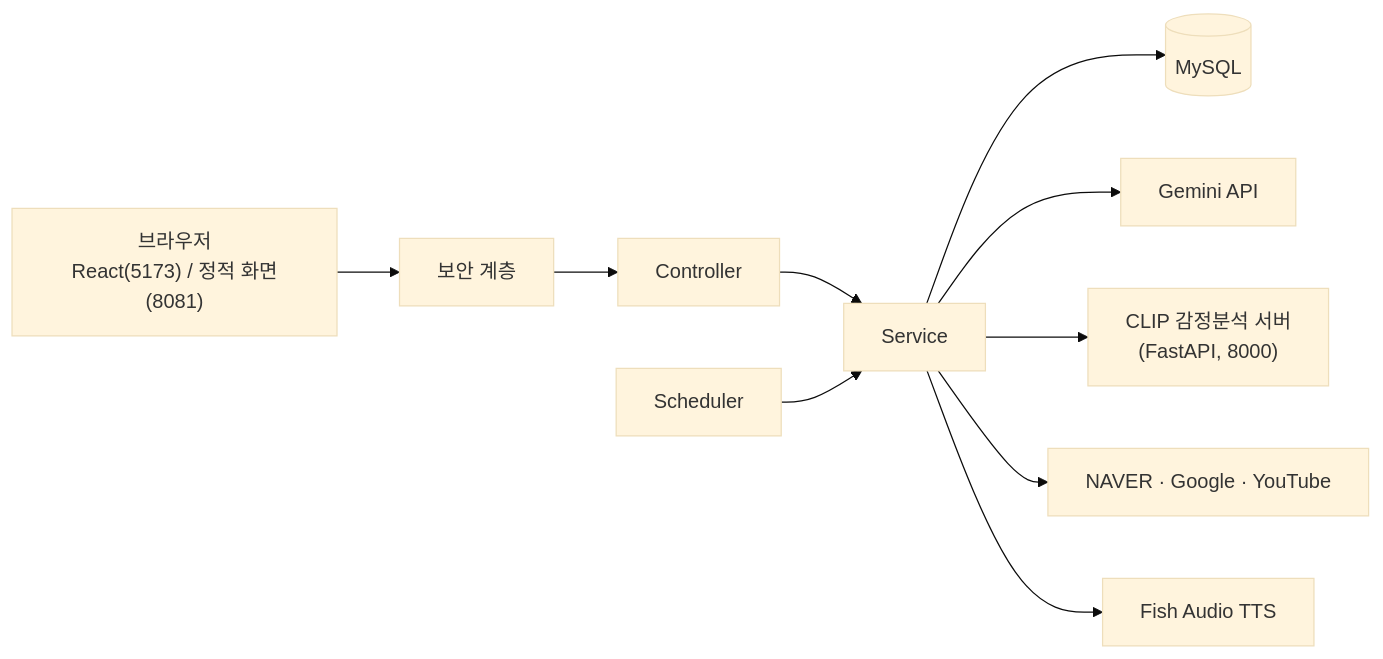
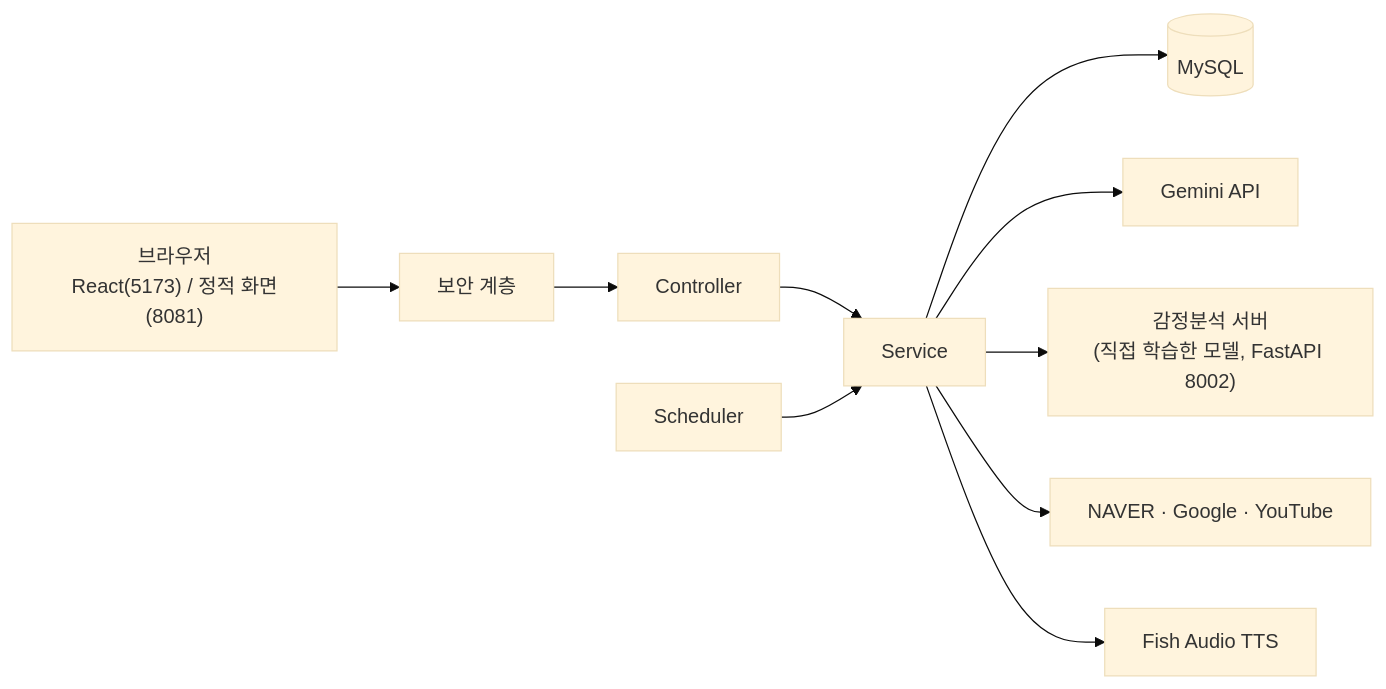
The diagram in README.md (fpshqkxldh1201/ai-project), drawn with Mermaid (base theme) before and after one commit. The commit also changed other lines of this file, not shown here.

````diff
--- a/README.md
+++ b/README.md
@@ -29,11 +29,11 @@
 ```mermaid
 flowchart LR
     Client["브라우저<br/>React(5173) / 정적 화면(8081)"] --> Sec["보안 계층"]
     Sec --> Ctrl["Controller"] --> Svc["Service"]
     Sched["Scheduler"] --> Svc
     Svc --> DB[("MySQL")]
     Svc --> Gemini["Gemini API"]
-    Svc --> Clip["CLIP 감정분석 서버<br/>(FastAPI, 8000)"]
+    Svc --> Emo["감정분석 서버<br/>(직접 학습한 모델, FastAPI 8002)"]
     Svc --> Search["NAVER · Google · YouTube"]
     Svc --> Tts["Fish Audio TTS"]
 ```
````
